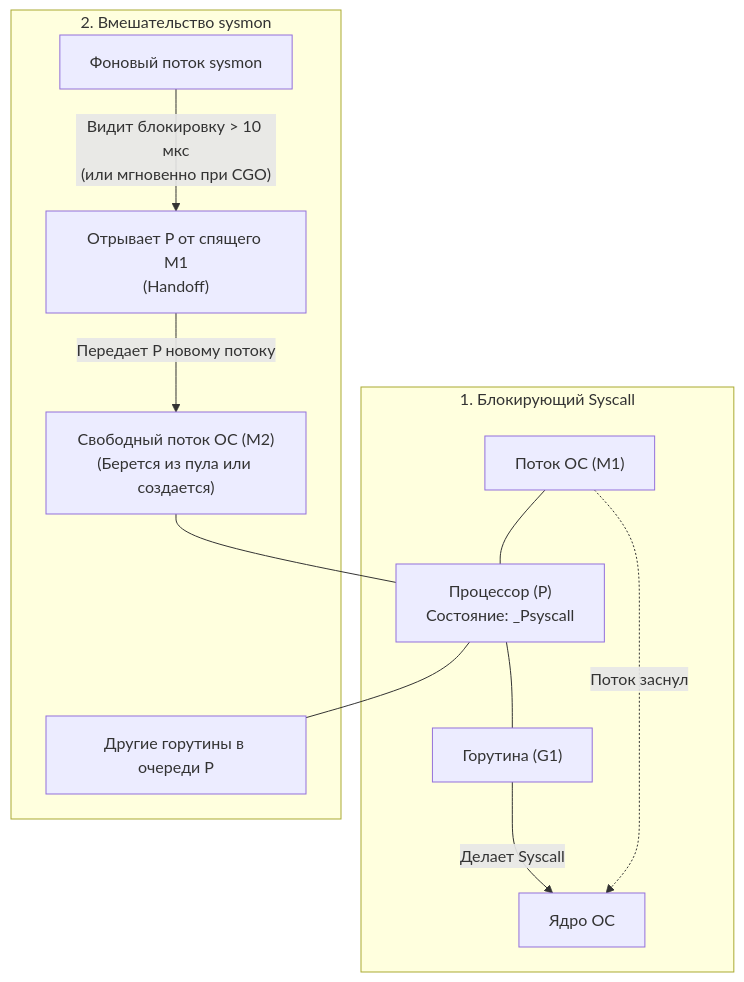
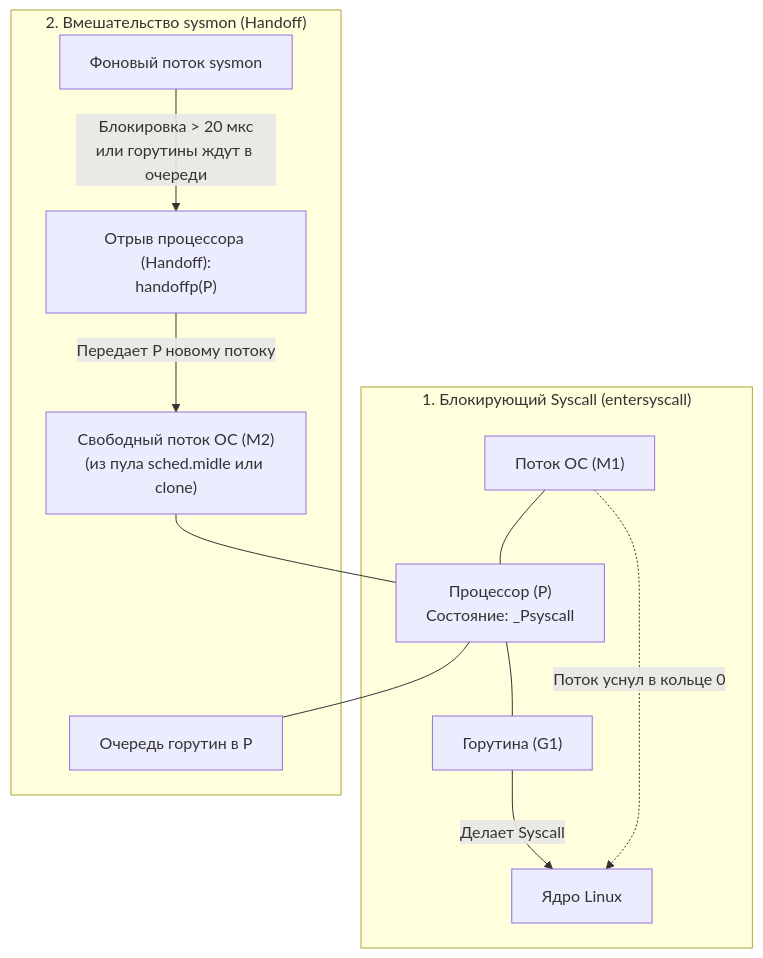
Before and after one commit to UnrealTemplier/go-textbook: the second of 2 diagrams in sources/7. Глубокий Go (Внутреннее устройство)/40. Как runtime обрабатывает системные вызовы.md, drawn with Mermaid. The commit also changed other lines of this file, not shown here.

````diff
--- a/sources/7. Глубокий Go (Внутреннее устройство)/40. Как runtime обрабатывает системные вызовы.md
+++ b/sources/7. Глубокий Go (Внутреннее устройство)/40. Как runtime обрабатывает системные вызовы.md
@@ -43,19 +86,18 @@
 ```mermaid
 flowchart TD
-    subgraph СИТУАЦИЯ_БЛОКИРОВКИ ["1. Блокирующий Syscall"]
+    subgraph S1 ["1. Блокирующий Syscall (entersyscall)"]
         M1["Поток ОС (M1)"] --- P["Процессор (P)<br>Состояние: _Psyscall"] --- G1["Горутина (G1)"]
-        G1 -->|"Делает Syscall"| KERNEL["Ядро ОС"]
-        M1 -.->|"Поток заснул"| KERNEL
+        G1 -->|"Делает Syscall"| KERNEL["Ядро Linux"]
+        M1 -.->|"Поток уснул в кольце 0"| KERNEL
     end
 
-    subgraph РАБОТА_SYSMON ["2. Вмешательство sysmon"]
-        SYSMON["Фоновый поток sysmon"] -->|"Видит блокировку > 10 мкс<br>(или мгновенно при CGO)"| ACTION
-        ACTION["Отрывает P от спящего M1<br>(Handoff)"]
+    subgraph S2 ["2. Вмешательство sysmon (Handoff)"]
+        SYSMON["Фоновый поток sysmon"] -->|"Блокировка > 20 мкс<br>или горутины ждут в очереди"| ACTION["Отрыв процессора (Handoff):<br>handoffp(P)"]
         
-        M2["Свободный поток ОС (M2)<br>(Берется из пула или создается)"]
+        M2["Свободный поток ОС (M2)<br>(из пула sched.midle или clone)"]
         ACTION -->|"Передает P новому потоку"| M2
         
-        G2["Другие горутины в очереди P"]
+        G2["Очередь горутин в P"]
         M2 --- P --- G2
     end
 ```
````
